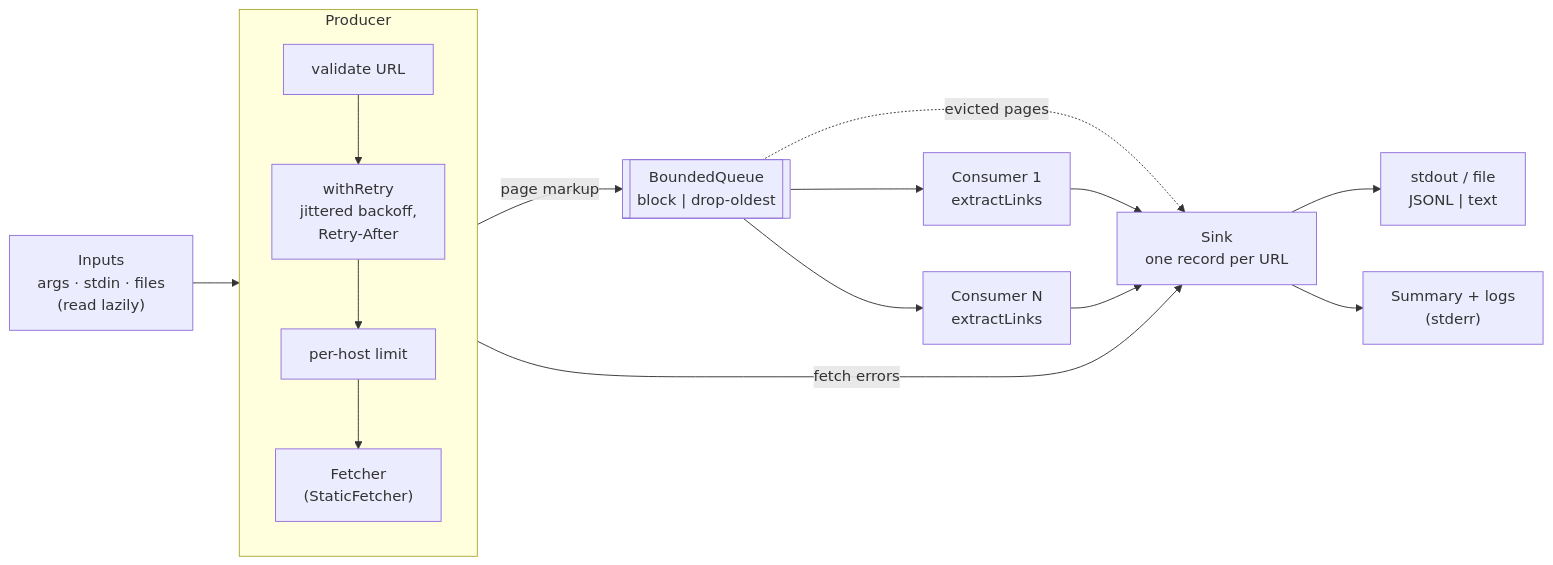
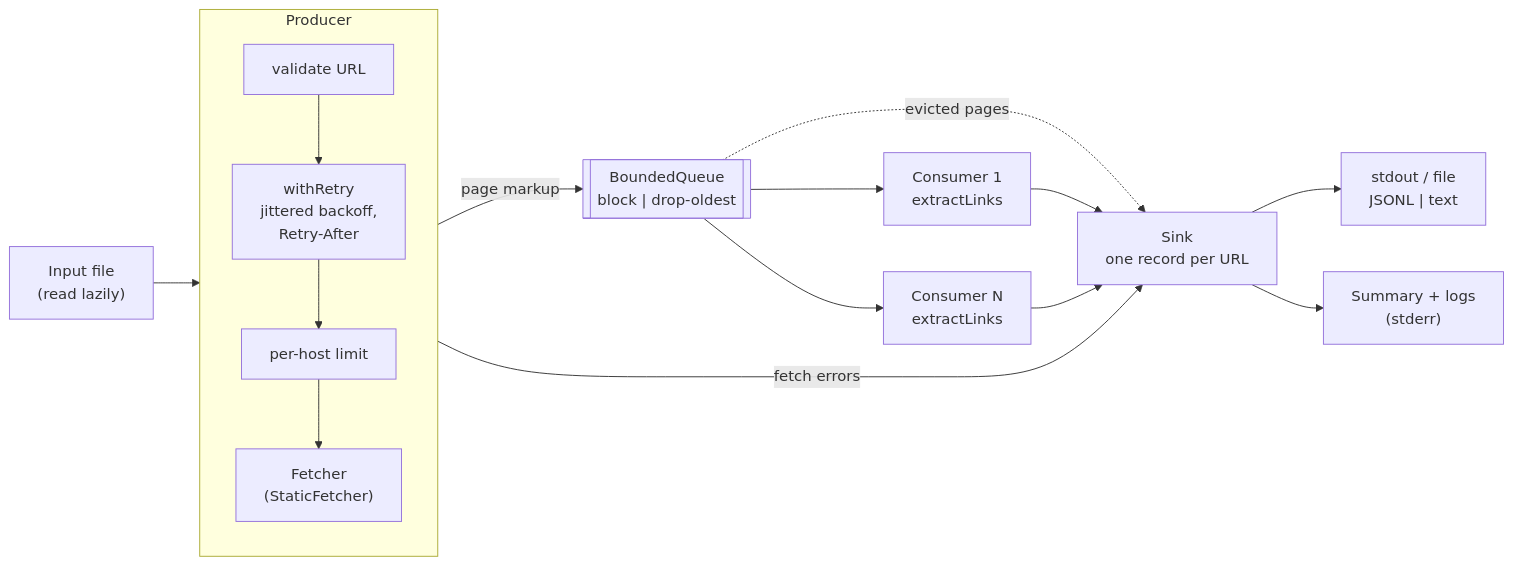
One commit to LetTheComputerDecide/wle changed the diagram in README.md. Above: the diagram before and after it, drawn with Mermaid. The commit also changed other lines of this file and 6 other files, not shown here.

First line of the commit message:
feat(cli)!: read URLs from a single --file; drop URL arguments and stdin

````diff
--- a/README.md
+++ b/README.md
@@ -112,21 +114,21 @@
 ```mermaid
 flowchart LR
-    IN["Inputs<br/>args · stdin · files<br/>(read lazily)"] --> P
+    IN["Input file<br/>(read lazily)"] --> P
 
     subgraph P["Producer"]
         direction TB
         V["validate URL"] --> R["withRetry<br/>jittered backoff,<br/>Retry-After"]
         R --> H["per-host limit"] --> F["Fetcher<br/>(StaticFetcher)"]
     end
 
     P -- "page markup" --> Q[["BoundedQueue<br/>block | drop-oldest"]]
     Q --> C1["Consumer 1<br/>extractLinks"]
     Q --> C2["Consumer N<br/>extractLinks"]
 
     P -- "fetch errors" --> S
     Q -. "evicted pages" .-> S
     C1 --> S
     C2 --> S
     S["Sink<br/>one record per URL"] --> OUT["stdout / file<br/>JSONL | text"]
     S --> SUM["Summary + logs<br/>(stderr)"]
 ```
````
